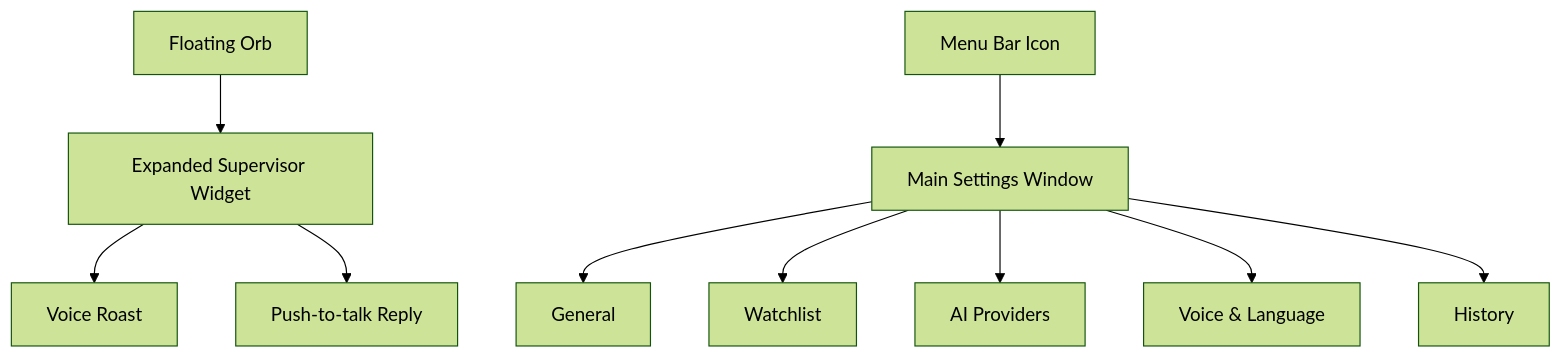
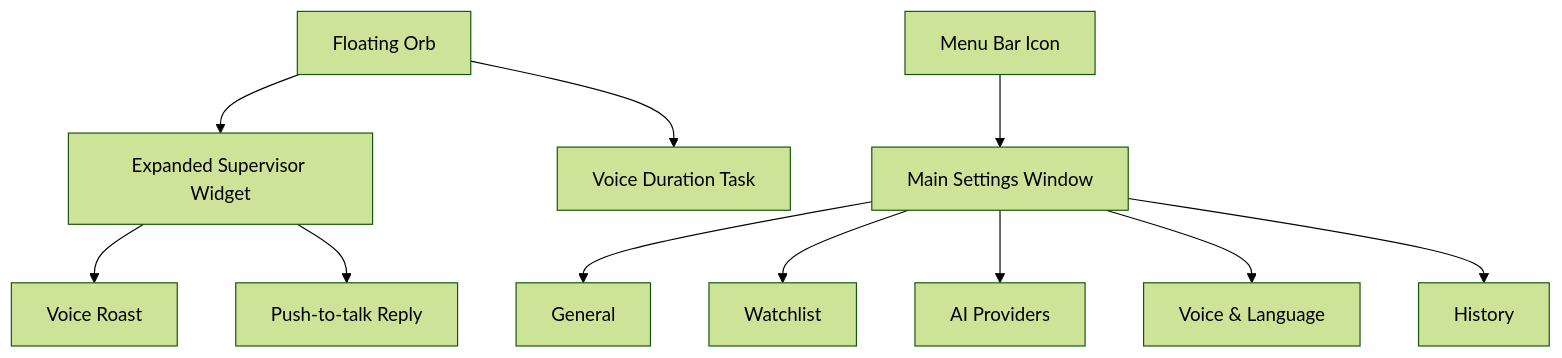
The diagram in docs/DESIGN.md (FerryCorleone/Hunter), drawn with Mermaid (forest theme) before and after one commit. The commit also changed other lines of this file and 8 other files, not shown here.

Commit message:
Add voice duration task and generated UI reference

````diff
--- a/docs/DESIGN.md
+++ b/docs/DESIGN.md
@@ -25,12 +25,13 @@
 ```mermaid
 flowchart TD
   A["Floating Orb"] --> B["Expanded Supervisor Widget"]
   B --> C["Voice Roast"]
   B --> D["Push-to-talk Reply"]
+  A --> L["Voice Duration Task"]
   E["Menu Bar Icon"] --> F["Main Settings Window"]
   F --> G["General"]
   F --> H["Watchlist"]
   F --> I["AI Providers"]
   F --> J["Voice & Language"]
   F --> K["History"]
 ```
````
